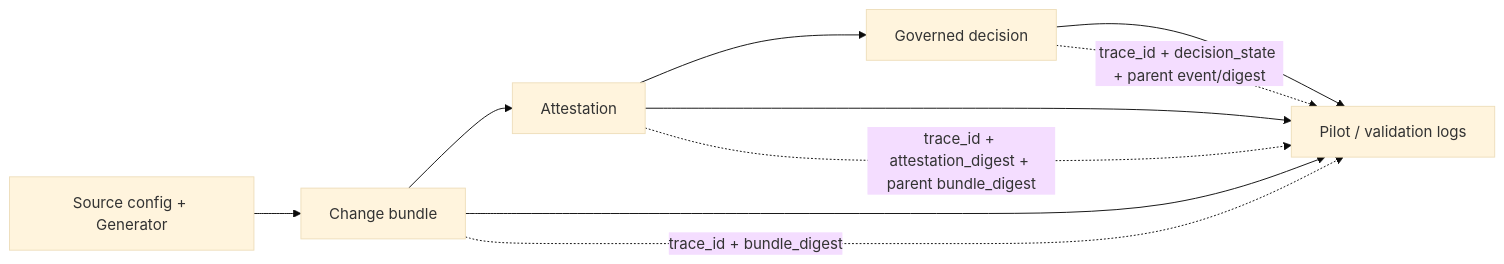
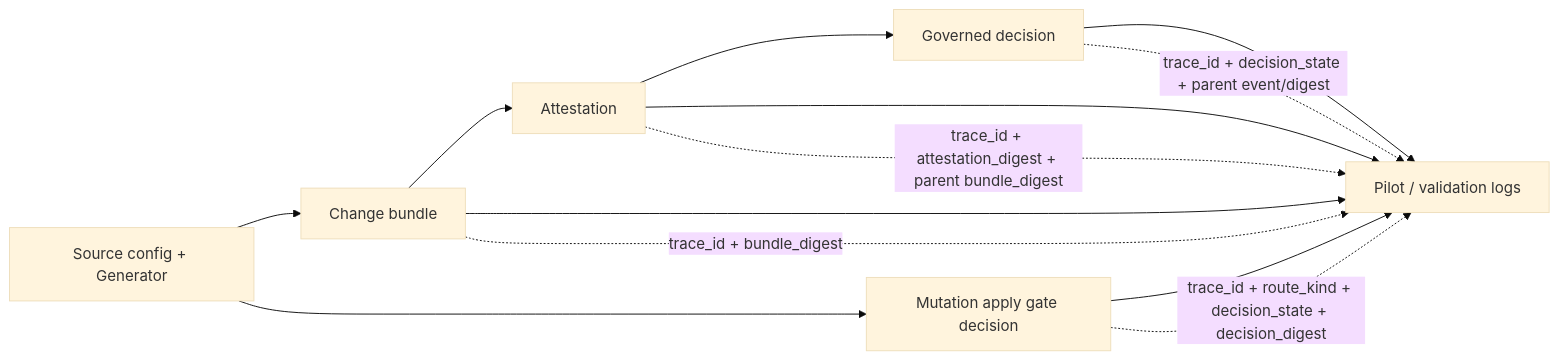
Before and after one commit to confighub/cub-gen: the diagram in docs/contracts/proof-events-and-traceability.md, drawn with Mermaid (base theme). The commit also changed other lines of this file and 30 other files, not shown here.

Commit message:
Add mutation apply gate decisions (#315)

````diff
--- a/docs/contracts/proof-events-and-traceability.md
+++ b/docs/contracts/proof-events-and-traceability.md
@@ -78,13 +82,16 @@
 ```mermaid
 flowchart LR
   source["Source config + Generator"] --> bundle["Change bundle"]
+  source --> gate["Mutation apply gate decision"]
   bundle --> attestation["Attestation"]
   attestation --> decision["Governed decision"]
   bundle --> logs["Pilot / validation logs"]
   attestation --> logs
   decision --> logs
+  gate --> logs
 
   bundle -. "trace_id + bundle_digest" .-> logs
   attestation -. "trace_id + attestation_digest + parent bundle_digest" .-> logs
   decision -. "trace_id + decision_state + parent event/digest" .-> logs
+  gate -. "trace_id + route_kind + decision_state + decision_digest" .-> logs
 ```
````
